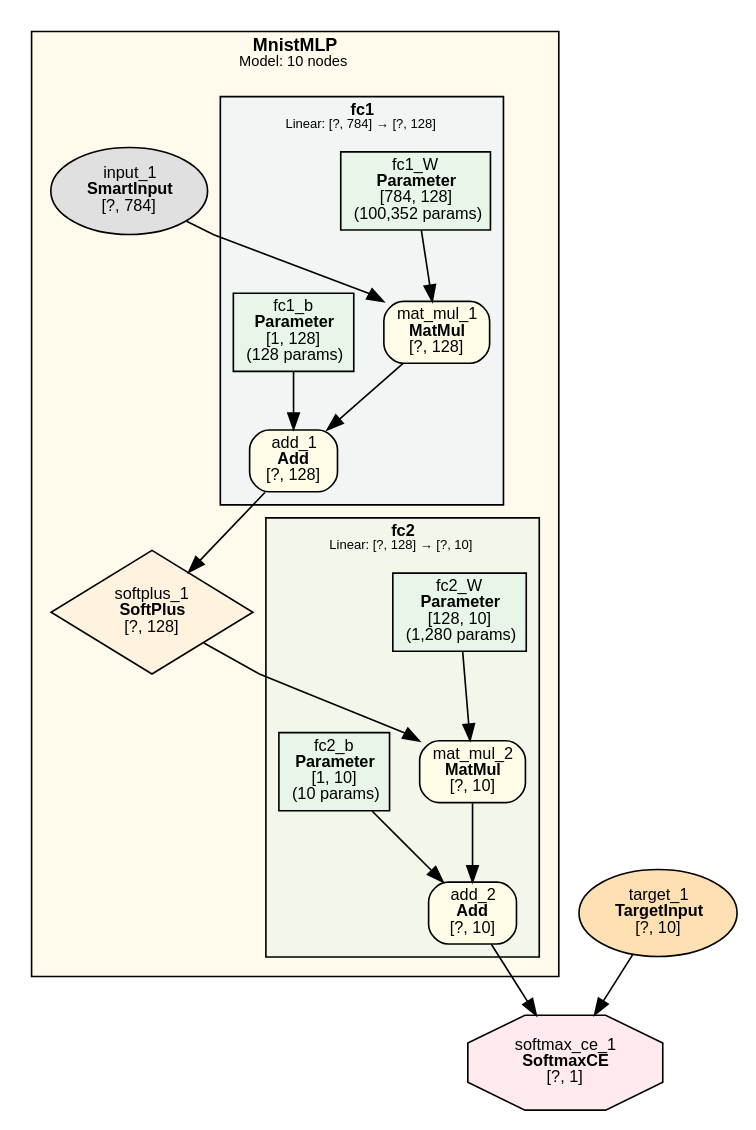
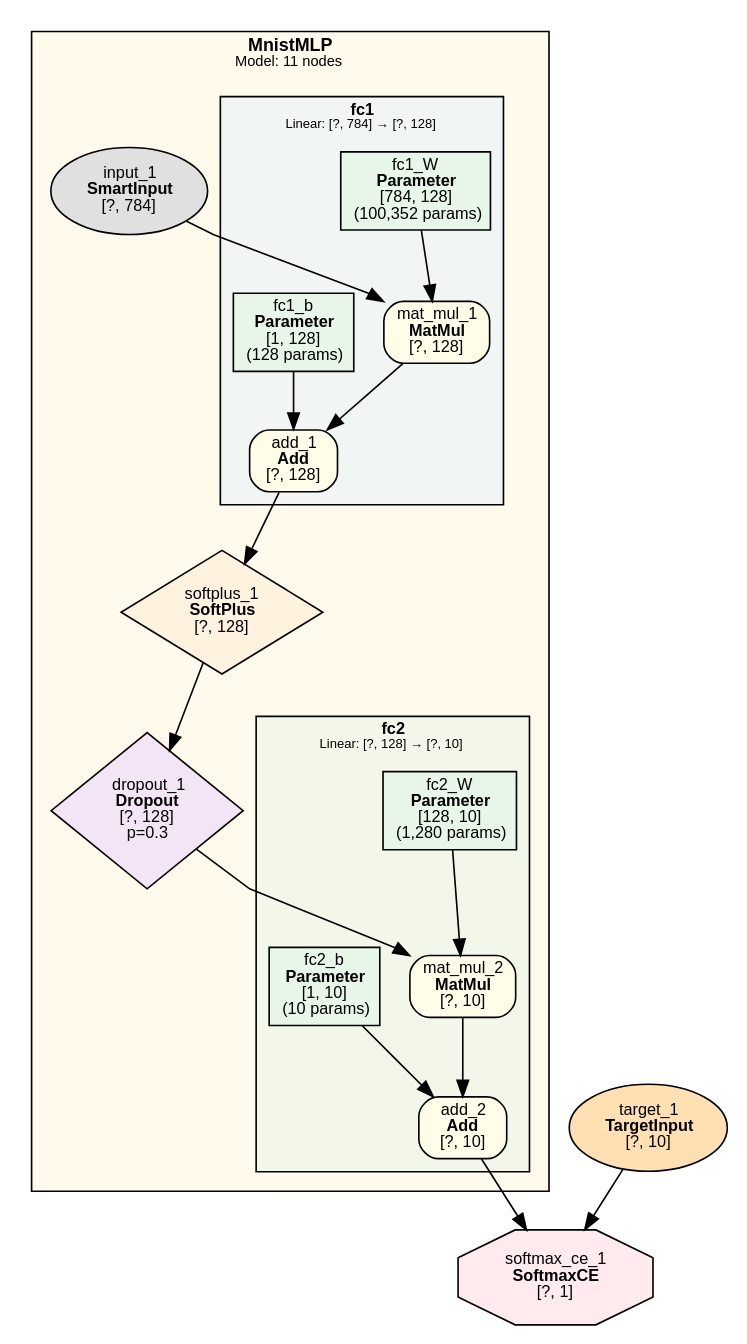
Before and after one commit to dbsxdbsx/only_torch: the diagram in examples/mnist/mnist.dot, drawn with Graphviz. The commit also changed 18 other files, not shown here.

```diff
--- a/examples/mnist/mnist.dot
+++ b/examples/mnist/mnist.dot
@@ -1,57 +1,59 @@
 digraph Model {
     rankdir=TB;
     newrank=true;
     splines=polyline;
     node [fontname="Microsoft YaHei,SimHei,Arial"];
     edge [fontname="Microsoft YaHei,SimHei,Arial"];
 
     subgraph cluster_MnistMLP {
-        label=<<B>MnistMLP</B><BR/><FONT POINT-SIZE="9">Model: 10 nodes</FONT>>;
+        label=<<B>MnistMLP</B><BR/><FONT POINT-SIZE="9">Model: 11 nodes</FONT>>;
         style=filled;
         fillcolor="#FFECB340";
         fontname="Microsoft YaHei,SimHei,Arial";
         fontsize=11;
         margin=12;
         subgraph cluster_MnistMLP_fc1 {
             label=<<B>fc1</B><BR/><FONT POINT-SIZE="8">Linear: [?, 784] → [?, 128]</FONT>>;
             style=filled;
             fillcolor="#E3F2FD80";
             fontname="Microsoft YaHei,SimHei,Arial";
             fontsize=10;
             margin=8;
             "1" [label=<fc1_W<BR/><B>Parameter</B><BR/>[784, 128]<BR/>(100,352 params)> shape=box style=filled fillcolor="#E8F5E9" fontsize=10];
             "2" [label=<fc1_b<BR/><B>Parameter</B><BR/>[1, 128]<BR/>(128 params)> shape=box style=filled fillcolor="#E8F5E9" fontsize=10];
             "6" [label=<mat_mul_1<BR/><B>MatMul</B><BR/>[?, 128]> shape=box style="filled,rounded" fillcolor="#FFFDE7" fontsize=10];
             "7" [label=<add_1<BR/><B>Add</B><BR/>[?, 128]> shape=box style="filled,rounded" fillcolor="#FFFDE7" fontsize=10];
         }
         subgraph cluster_MnistMLP_fc2 {
             label=<<B>fc2</B><BR/><FONT POINT-SIZE="8">Linear: [?, 128] → [?, 10]</FONT>>;
             style=filled;
             fillcolor="#E8F5E980";
             fontname="Microsoft YaHei,SimHei,Arial";
             fontsize=10;
             margin=8;
             "3" [label=<fc2_W<BR/><B>Parameter</B><BR/>[128, 10]<BR/>(1,280 params)> shape=box style=filled fillcolor="#E8F5E9" fontsize=10];
             "4" [label=<fc2_b<BR/><B>Parameter</B><BR/>[1, 10]<BR/>(10 params)> shape=box style=filled fillcolor="#E8F5E9" fontsize=10];
-            "9" [label=<mat_mul_2<BR/><B>MatMul</B><BR/>[?, 10]> shape=box style="filled,rounded" fillcolor="#FFFDE7" fontsize=10];
-            "10" [label=<add_2<BR/><B>Add</B><BR/>[?, 10]> shape=box style="filled,rounded" fillcolor="#FFFDE7" fontsize=10];
+            "10" [label=<mat_mul_2<BR/><B>MatMul</B><BR/>[?, 10]> shape=box style="filled,rounded" fillcolor="#FFFDE7" fontsize=10];
+            "11" [label=<add_2<BR/><B>Add</B><BR/>[?, 10]> shape=box style="filled,rounded" fillcolor="#FFFDE7" fontsize=10];
         }
             "5" [label=<input_1<BR/><B>SmartInput</B><BR/>[?, 784]> shape=ellipse style=filled fillcolor="#E0E0E0" fontsize=10];
             "8" [label=<softplus_1<BR/><B>SoftPlus</B><BR/>[?, 128]> shape=diamond style=filled fillcolor="#FFF3E0" fontsize=10];
+            "9" [label=<dropout_1<BR/><B>Dropout</B><BR/>[?, 128]<BR/>p=0.3> shape=diamond style=filled fillcolor="#F3E5F5" fontsize=10];
     }
 
-    "11" [label=<target_1<BR/><B>TargetInput</B><BR/>[?, 10]> shape=ellipse style=filled fillcolor="#FFE0B2" fontsize=10];
-    "12" [label=<softmax_ce_1<BR/><B>SoftmaxCE</B><BR/>[?, 1]> shape=octagon style=filled fillcolor="#FFEBEE" fontsize=10];
+    "12" [label=<target_1<BR/><B>TargetInput</B><BR/>[?, 10]> shape=ellipse style=filled fillcolor="#FFE0B2" fontsize=10];
+    "13" [label=<softmax_ce_1<BR/><B>SoftmaxCE</B><BR/>[?, 1]> shape=octagon style=filled fillcolor="#FFEBEE" fontsize=10];
 
     "5" -> "6";
     "1" -> "6";
     "6" -> "7";
     "2" -> "7";
     "7" -> "8";
     "8" -> "9";
-    "3" -> "9";
     "9" -> "10";
-    "4" -> "10";
-    "10" -> "12";
-    "11" -> "12";
+    "3" -> "10";
+    "10" -> "11";
+    "4" -> "11";
+    "11" -> "13";
+    "12" -> "13";
 }
```
